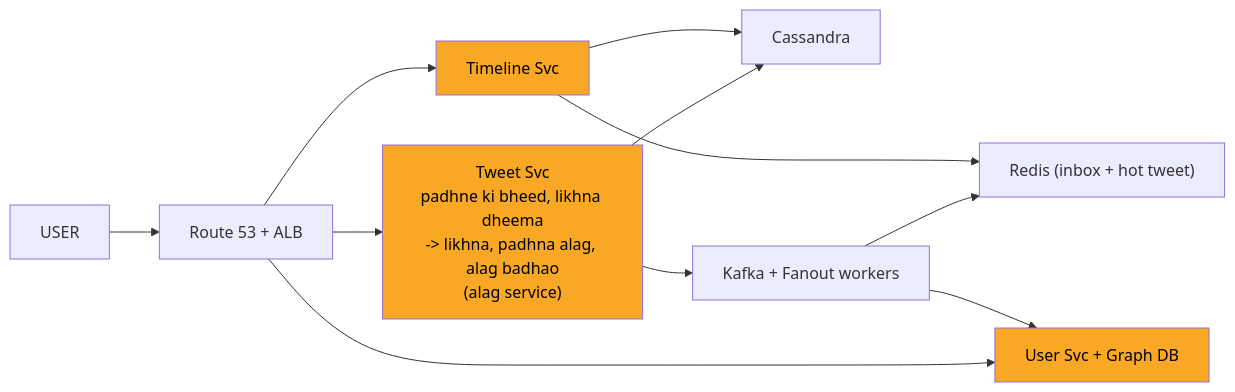
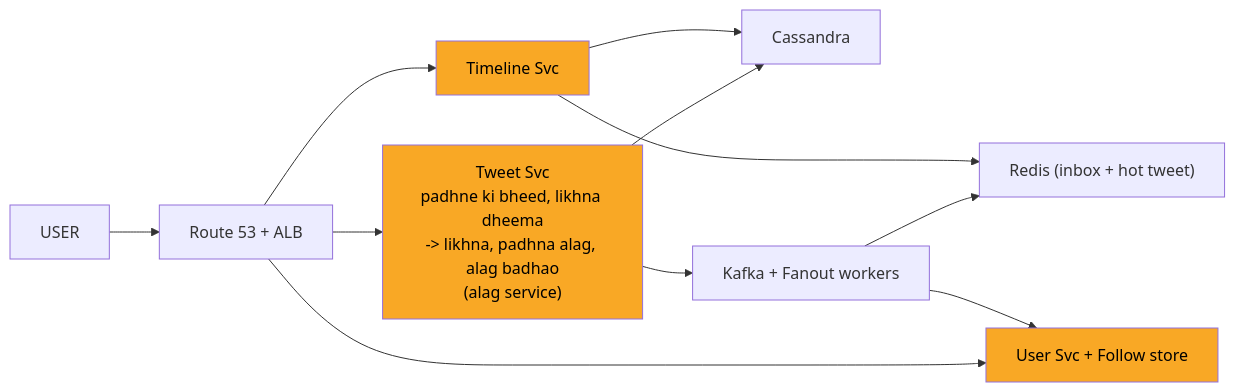
Before and after one commit to ArpanMaheshwari144/Prep: the tenth of 12 diagrams in 04_HLD/SYSTEM_DESIGNS/03_twitter_feed/03_twitter_feed.md, drawn with Mermaid. The commit also changed other lines of this file and 12 other files, not shown here.

````diff
--- a/04_HLD/SYSTEM_DESIGNS/03_twitter_feed/03_twitter_feed.md
+++ b/04_HLD/SYSTEM_DESIGNS/03_twitter_feed/03_twitter_feed.md
@@ -418,24 +418,24 @@
 ```mermaid
 flowchart LR
     n_USER["USER"]
     n_EDGE["Route 53 + ALB"]
     n_Tweet_Svc["Tweet Svc<br/>padhne ki bheed, likhna dheema<br/>-> likhna, padhna alag, alag badhao<br/>(alag service)"]
     n_Cassandra["Cassandra"]
     n_FAN["Kafka + Fanout workers"]
     n_RI["Redis (inbox + hot tweet)"]
     n_Timeline_Svc["Timeline Svc"]
-    n_UG["User Svc + Graph DB"]
+    n_UG["User Svc + Follow store"]
     n_USER --> n_EDGE
     n_EDGE --> n_Tweet_Svc
     n_EDGE --> n_Timeline_Svc
     n_EDGE --> n_UG
     n_Tweet_Svc --> n_Cassandra
     n_Tweet_Svc --> n_FAN
     n_FAN --> n_RI
     n_Timeline_Svc --> n_RI
     n_Timeline_Svc --> n_Cassandra
     n_FAN --> n_UG
     style n_Tweet_Svc fill:#f9a825,color:#000
     style n_Timeline_Svc fill:#f9a825,color:#000
     style n_UG fill:#f9a825,color:#000
 ```
````
